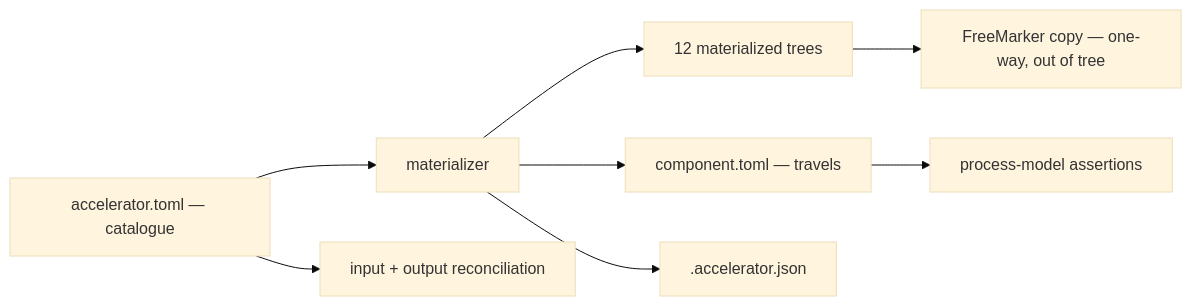
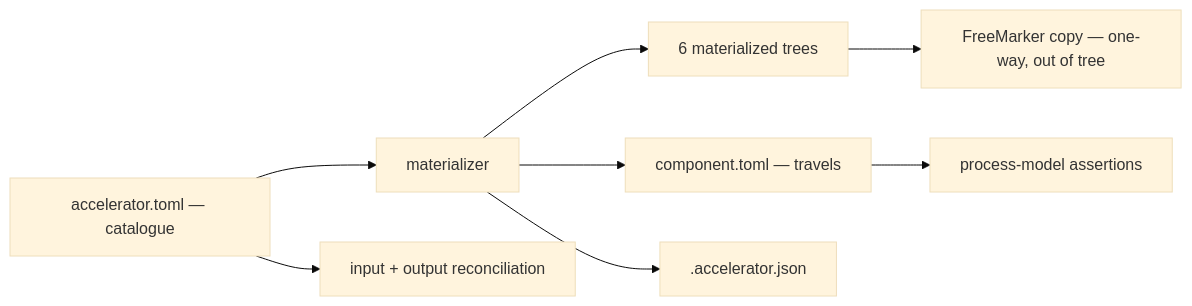
One commit to millsks/django-15-factor-base changed the second of 3 diagrams in _bmad-output/planning-artifacts/architecture/architecture-django-15-factor-base-2026-08-15/ARCHITECTURE-SPINE.md. Above: the diagram before and after it, drawn with Mermaid (base theme). The commit also changed other lines of this file and 54 other files, not shown here.

````diff
--- a/_bmad-output/planning-artifacts/architecture/architecture-django-15-factor-base-2026-08-15/ARCHITECTURE-SPINE.md
+++ b/_bmad-output/planning-artifacts/architecture/architecture-django-15-factor-base-2026-08-15/ARCHITECTURE-SPINE.md
@@ -370,19 +370,19 @@
 ```mermaid
 graph LR
   CAR["accelerator.toml — catalogue"]
   COMP["component.toml — travels"]
   M["materializer"]
-  T12["12 materialized trees"]
+  T6["6 materialized trees"]
   ORP["input + output reconciliation"]
   PM["process-model assertions"]
   FM["FreeMarker copy — one-way, out of tree"]
   STAMP[".accelerator.json"]
 
   CAR --> M
   CAR --> ORP
   COMP --> PM
-  M --> T12
+  M --> T6
   M --> COMP
   M --> STAMP
-  T12 --> FM
+  T6 --> FM
 ```
````
